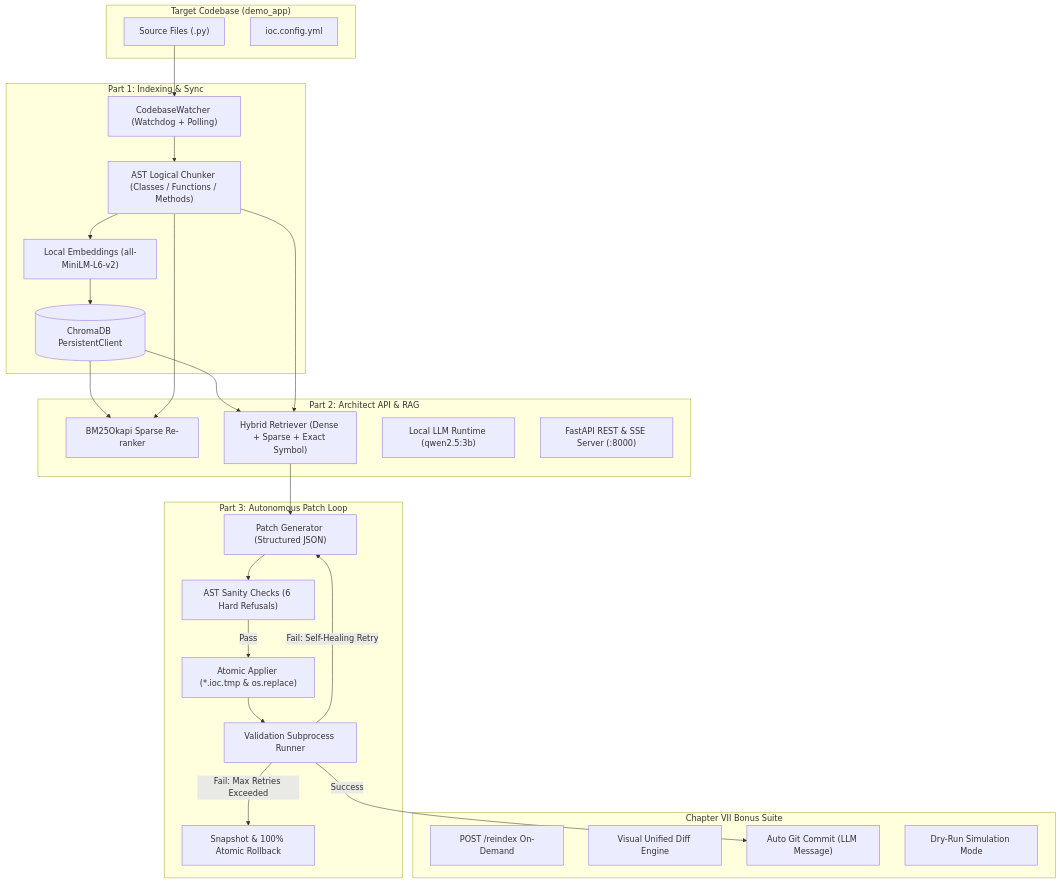
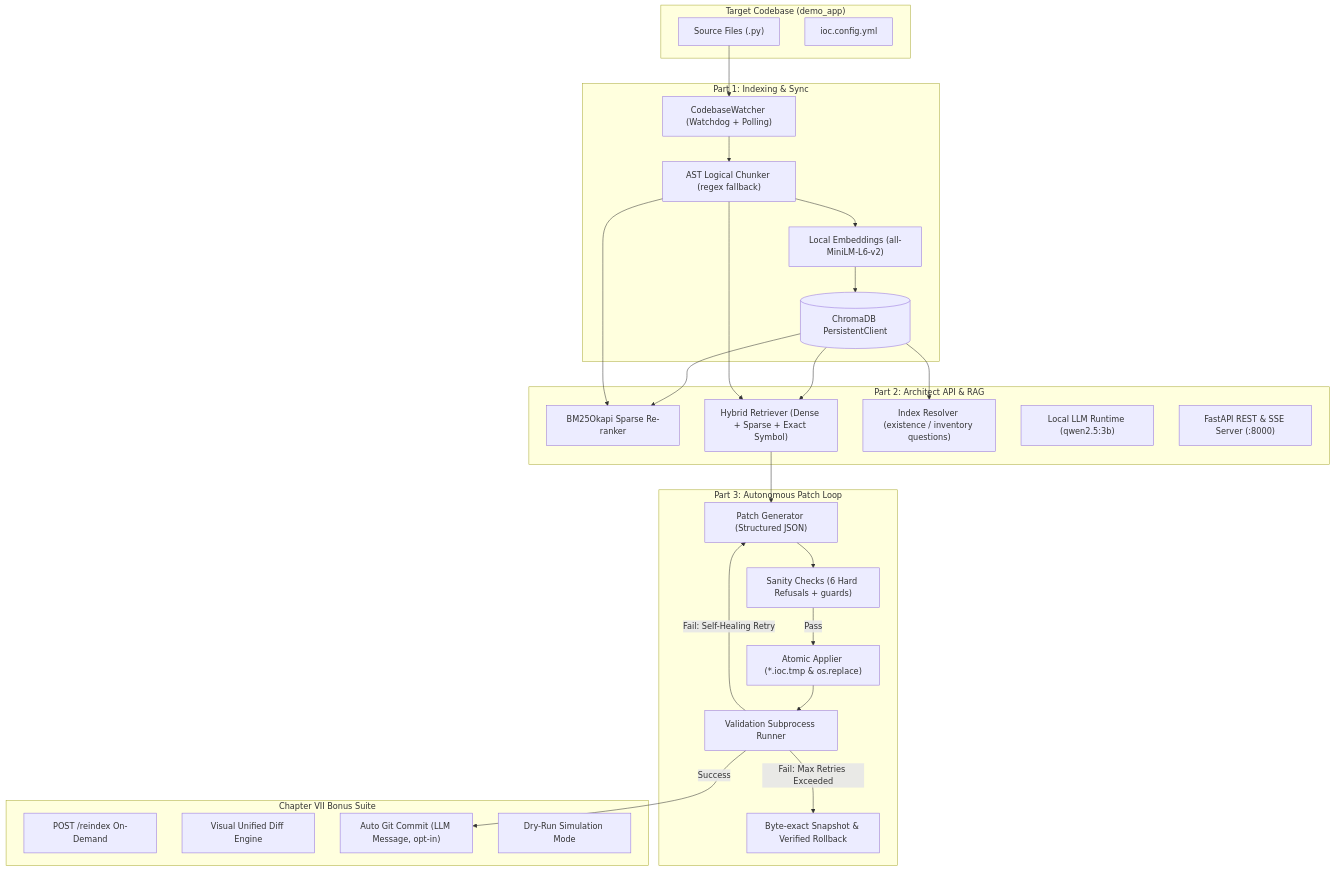
One commit to andrijajovanovic98/inception-of-context changed the diagram in README.md. Above: the diagram before and after it, drawn with Mermaid. The commit also changed other lines of this file and 66 other files, not shown here.

````diff
--- a/README.md
+++ b/README.md
@@ -21,46 +37,48 @@
 ```mermaid
 flowchart TD
     subgraph Target["Target Codebase (demo_app)"]
         Src["Source Files (.py)"]
         Config["ioc.config.yml"]
     end
 
     subgraph P1["Part 1: Indexing & Sync"]
         Watcher["CodebaseWatcher (Watchdog + Polling)"]
-        Chunker["AST Logical Chunker (Classes / Functions / Methods)"]
+        Chunker["AST Logical Chunker (regex fallback)"]
         Embed["Local Embeddings (all-MiniLM-L6-v2)"]
         Chroma[("ChromaDB PersistentClient")]
     end
 
     subgraph P2["Part 2: Architect API & RAG"]
         BM25["BM25Okapi Sparse Re-ranker"]
         Retriever["Hybrid Retriever (Dense + Sparse + Exact Symbol)"]
+        Resolver["Index Resolver (existence / inventory questions)"]
         Ollama["Local LLM Runtime (qwen2.5:3b)"]
         FastAPI["FastAPI REST & SSE Server (:8000)"]
     end
 
     subgraph P3["Part 3: Autonomous Patch Loop"]
         Generator["Patch Generator (Structured JSON)"]
-        Sanity["AST Sanity Checks (6 Hard Refusals)"]
+        Sanity["Sanity Checks (6 Hard Refusals + guards)"]
         Applier["Atomic Applier (*.ioc.tmp & os.replace)"]
         Validator["Validation Subprocess Runner"]
-        Rollback["Snapshot & 100% Atomic Rollback"]
+        Rollback["Byte-exact Snapshot & Verified Rollback"]
     end
 
     subgraph Bonus["Chapter VII Bonus Suite"]
         Reindex["POST /reindex On-Demand"]
         DiffEngine["Visual Unified Diff Engine"]
-        GitCommitter["Auto Git Commit (LLM Message)"]
+        GitCommitter["Auto Git Commit (LLM Message, opt-in)"]
         DryRun["Dry-Run Simulation Mode"]
     end
 
     Src --> Watcher --> Chunker --> Embed --> Chroma
     Chroma & Chunker --> Retriever & BM25
+    Chroma --> Resolver
     Retriever --> Generator
     Generator --> Sanity
     Sanity -->|Pass| Applier
     Applier --> Validator
     Validator -->|"Fail: Self-Healing Retry"| Generator
     Validator -->|"Fail: Max Retries Exceeded"| Rollback
     Validator -->|Success| GitCommitter
 ```
````
